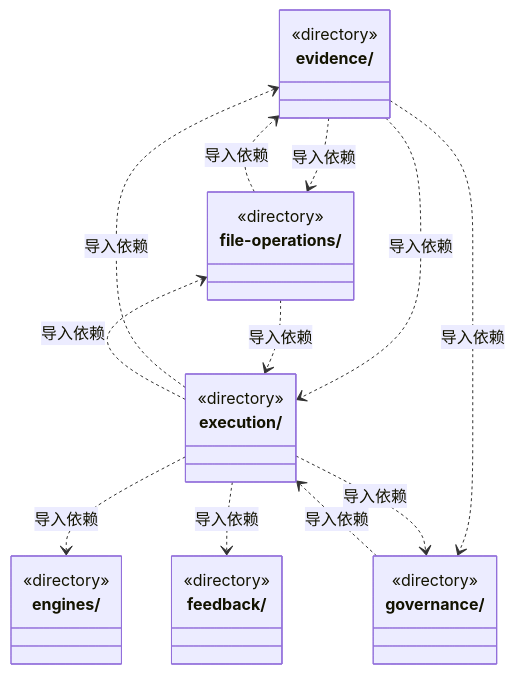
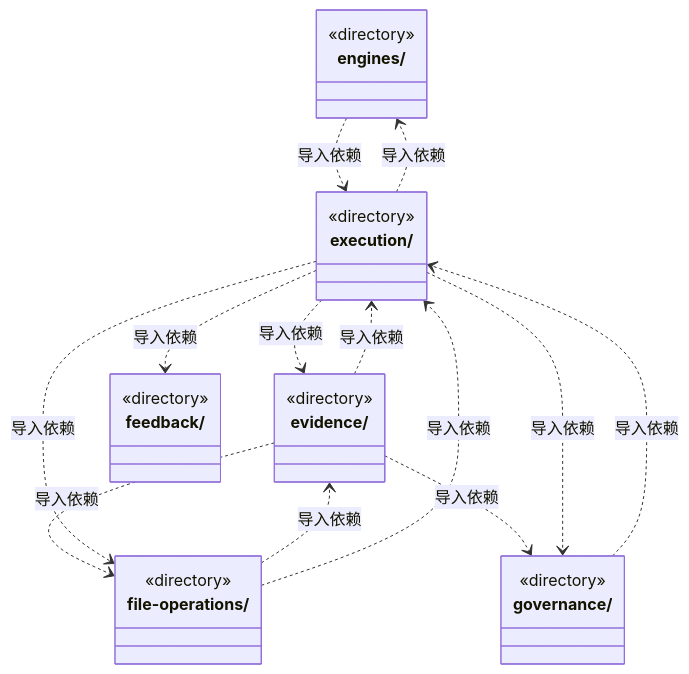
The second of 5 diagrams in src/logic/ARCHITECTURE.md (nan023062/cbim), drawn with Mermaid before and after one commit. The commit also changed other lines of this file and 52 other files, not shown here.

````diff
--- a/src/logic/ARCHITECTURE.md
+++ b/src/logic/ARCHITECTURE.md
@@ -47,32 +47,33 @@
 ```mermaid
 classDiagram
 class N_src_logic_engines["engines/"] {
   <<directory>>
 }
 class N_src_logic_evidence["evidence/"] {
   <<directory>>
 }
 class N_src_logic_execution["execution/"] {
   <<directory>>
 }
 class N_src_logic_feedback["feedback/"] {
   <<directory>>
 }
 class N_src_logic_file_operations["file-operations/"] {
   <<directory>>
 }
 class N_src_logic_governance["governance/"] {
   <<directory>>
 }
+N_src_logic_engines ..> N_src_logic_execution : 导入依赖
 N_src_logic_evidence ..> N_src_logic_file_operations : 导入依赖
 N_src_logic_evidence ..> N_src_logic_execution : 导入依赖
 N_src_logic_evidence ..> N_src_logic_governance : 导入依赖
 N_src_logic_execution ..> N_src_logic_engines : 导入依赖
 N_src_logic_execution ..> N_src_logic_evidence : 导入依赖
 N_src_logic_execution ..> N_src_logic_file_operations : 导入依赖
 N_src_logic_execution ..> N_src_logic_feedback : 导入依赖
 N_src_logic_execution ..> N_src_logic_governance : 导入依赖
 N_src_logic_file_operations ..> N_src_logic_evidence : 导入依赖
 N_src_logic_file_operations ..> N_src_logic_execution : 导入依赖
 N_src_logic_governance ..> N_src_logic_execution : 导入依赖
 ```
````
